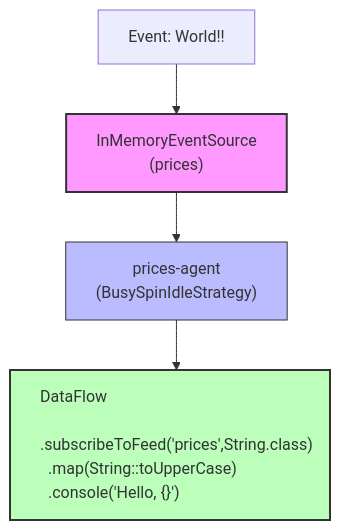
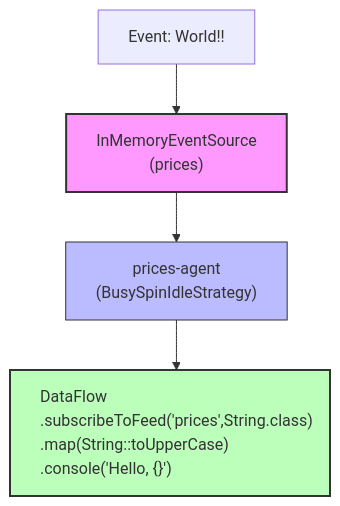
One commit to telaminai/mongoose-examples changed the diagram in gettting-started/stream-programming-tutorial/README.md. Above: the diagram before and after it, drawn with Mermaid.

Commit message:
Fixed formatting in `StreamProgrammingTutorial` README for better readability.

````diff
--- a/gettting-started/stream-programming-tutorial/README.md
+++ b/gettting-started/stream-programming-tutorial/README.md
@@ -25,29 +25,29 @@
 ```mermaid
 flowchart TD
     %% Event Source
     prices["InMemoryEventSource<br>(prices)"]
 
     %% Agent
     pricesAgent["prices-agent<br>(BusySpinIdleStrategy)"]
 
     %% DataFlow Processor
-    df["DataFlow<br>  .subscribeToFeed('prices',String.class)<br>  .map(String::toUpperCase)<br>  .console('Hello, {}')"]
+    df["DataFlow<br>.subscribeToFeed('prices',String.class)<br>.map(String::toUpperCase)<br>.console('Hello, {}')"]
 
     %% Connections
     prices --> pricesAgent
     pricesAgent --> df
 
     %% Example event
     ev1["Event: World!!"] --> prices
 
     %% Styling
     classDef source fill:#f9f,stroke:#333,stroke-width:2px
     classDef agent fill:#bbf,stroke:#333,stroke-width:1px
     classDef handler fill:#bfb,stroke:#333,stroke-width:2px
     class prices source
     class pricesAgent agent
     class df handler
 
     %% Force wider DataFlow Processor box
     style df width:320px, text-align:left
 ```
````
